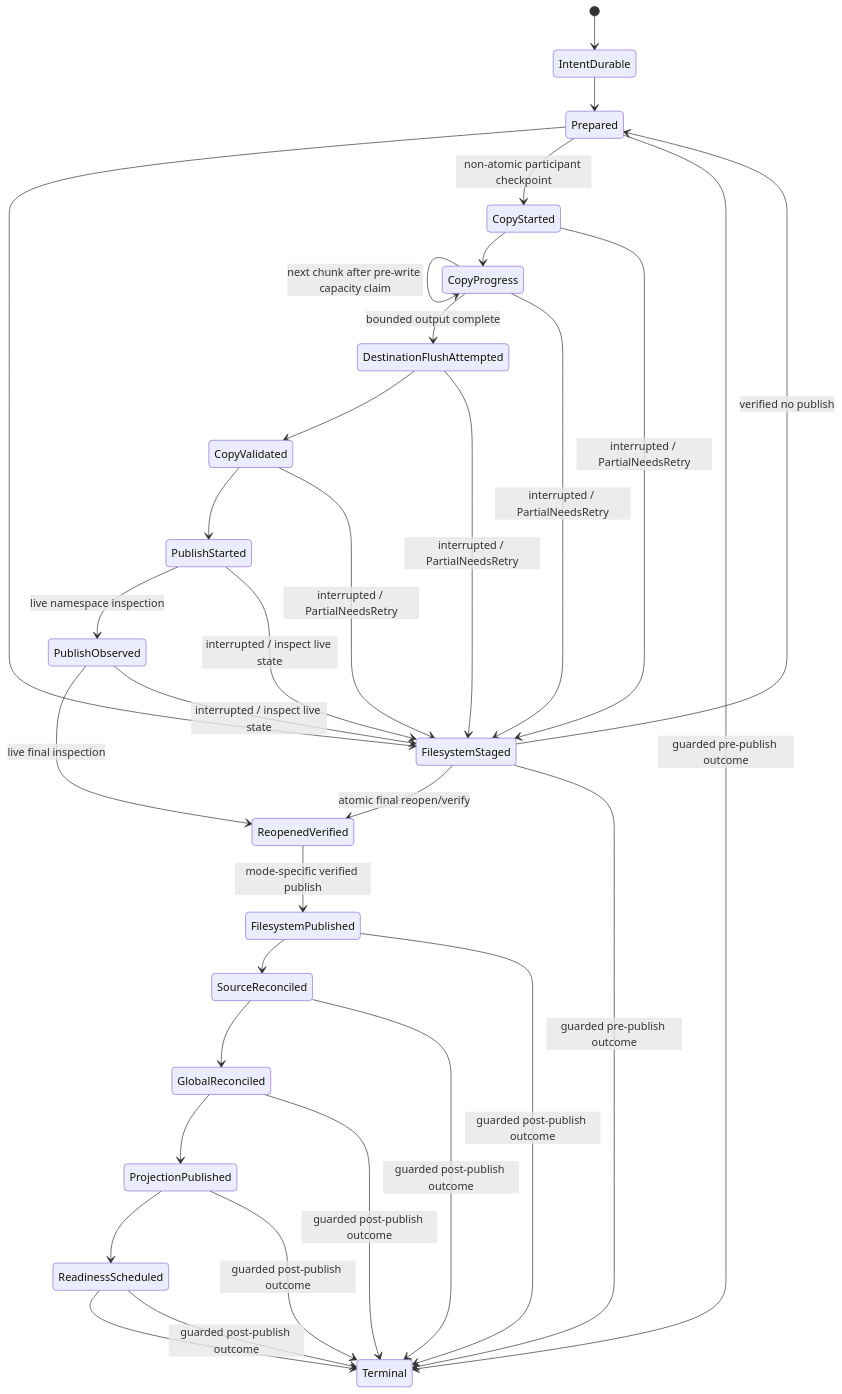
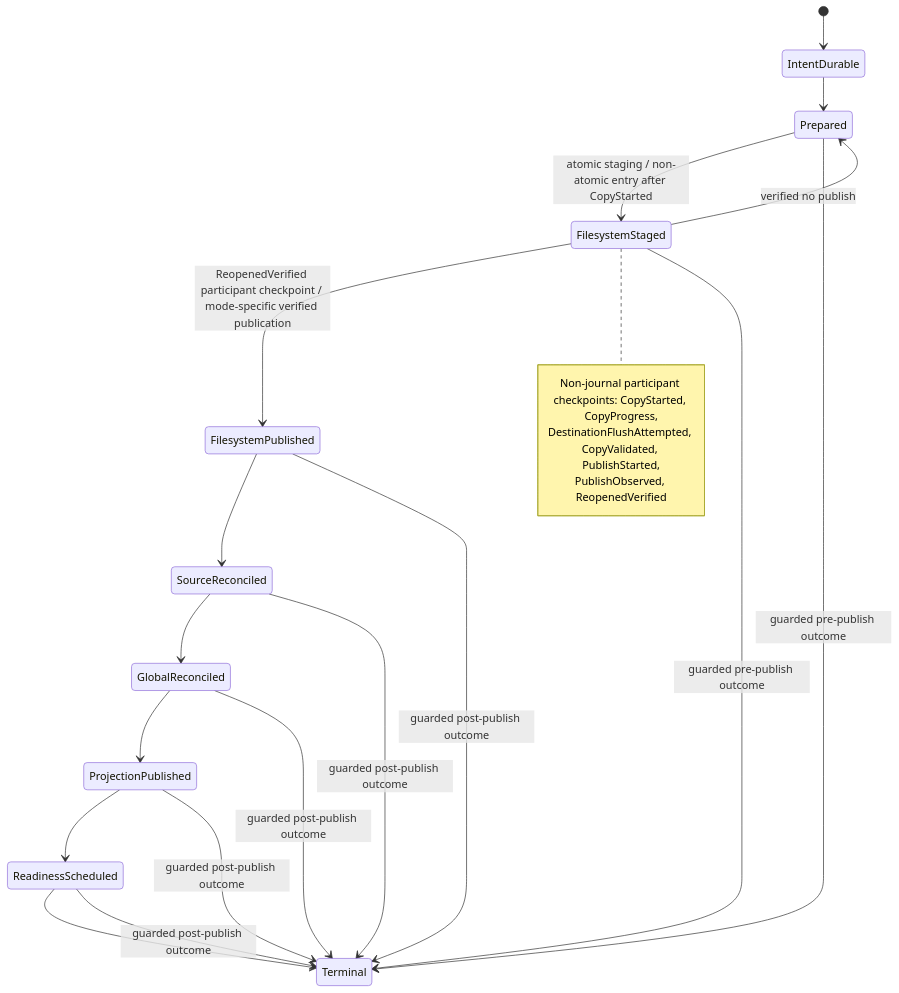
The diagram in docs/IO_ARCHITECTURE_TARGET.md (PORTALSURFER/sempal), drawn with Mermaid before and after one commit. The commit also changed other lines of this file, not shown here.

Commit message:
docs: align mermaid phases with checkpoints

````diff
--- a/docs/IO_ARCHITECTURE_TARGET.md
+++ b/docs/IO_ARCHITECTURE_TARGET.md
@@ -450,35 +450,25 @@
 ```mermaid
 stateDiagram-v2
     [*] --> IntentDurable
     IntentDurable --> Prepared
-    Prepared --> FilesystemStaged
-    FilesystemStaged --> ReopenedVerified : atomic final reopen/verify
-    Prepared --> CopyStarted : non-atomic participant checkpoint
-    CopyStarted --> CopyProgress
-    CopyProgress --> CopyProgress : next chunk after pre-write capacity claim
-    CopyProgress --> DestinationFlushAttempted : bounded output complete
-    DestinationFlushAttempted --> CopyValidated
-    CopyValidated --> PublishStarted
-    PublishStarted --> PublishObserved : live namespace inspection
-    PublishObserved --> ReopenedVerified : live final inspection
-    CopyStarted --> FilesystemStaged : interrupted / PartialNeedsRetry
-    CopyProgress --> FilesystemStaged : interrupted / PartialNeedsRetry
-    DestinationFlushAttempted --> FilesystemStaged : interrupted / PartialNeedsRetry
-    CopyValidated --> FilesystemStaged : interrupted / PartialNeedsRetry
-    PublishStarted --> FilesystemStaged : interrupted / inspect live state
-    PublishObserved --> FilesystemStaged : interrupted / inspect live state
-    ReopenedVerified --> FilesystemPublished : mode-specific verified publish
+    Prepared --> FilesystemStaged : atomic staging / non-atomic entry after CopyStarted
     FilesystemStaged --> Prepared : verified no publish
+    FilesystemStaged --> FilesystemPublished : ReopenedVerified participant checkpoint / mode-specific verified publication
+    note right of FilesystemStaged
+        Non-journal participant checkpoints: CopyStarted, CopyProgress,
+        DestinationFlushAttempted, CopyValidated, PublishStarted,
+        PublishObserved, ReopenedVerified
+    end note
     FilesystemPublished --> SourceReconciled
     SourceReconciled --> GlobalReconciled
     GlobalReconciled --> ProjectionPublished
     ProjectionPublished --> ReadinessScheduled
     ReadinessScheduled --> Terminal
     Prepared --> Terminal : guarded pre-publish outcome
     FilesystemStaged --> Terminal : guarded pre-publish outcome
     FilesystemPublished --> Terminal : guarded post-publish outcome
     SourceReconciled --> Terminal : guarded post-publish outcome
     GlobalReconciled --> Terminal : guarded post-publish outcome
     ProjectionPublished --> Terminal : guarded post-publish outcome
     ReadinessScheduled --> Terminal : guarded post-publish outcome
 ```
````
